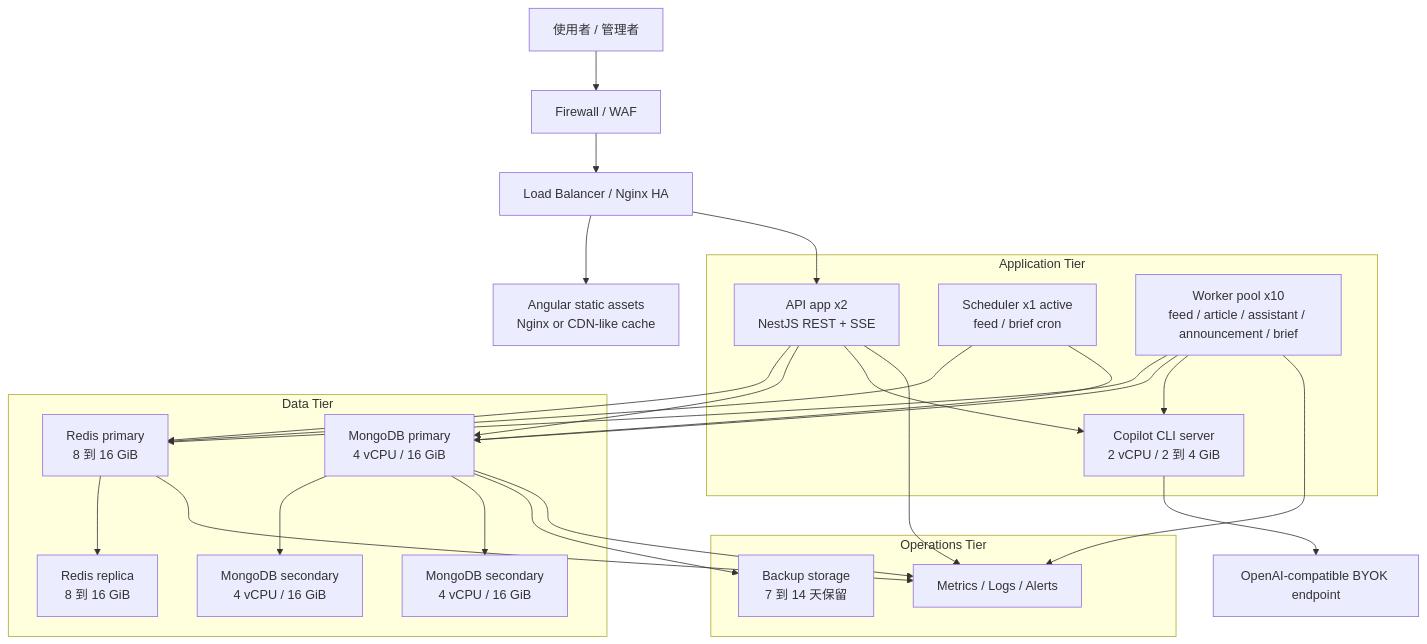
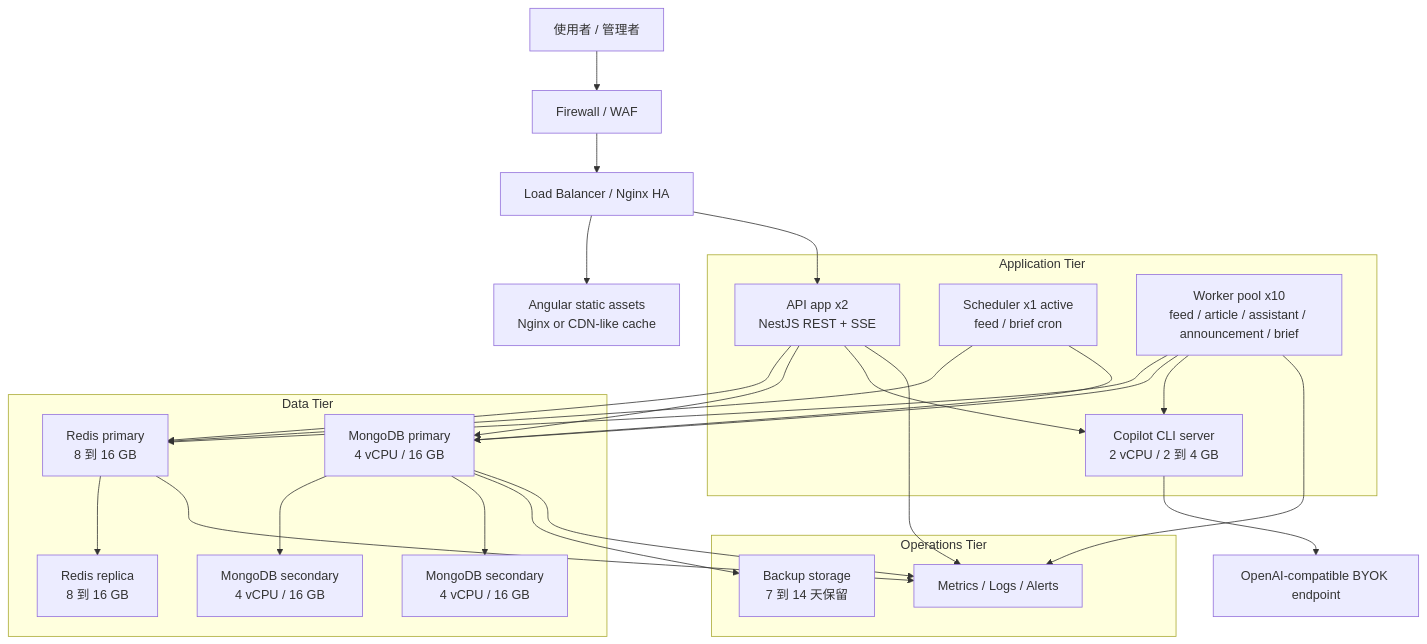
One commit to chunkai1312/temp changed the ninth of 17 diagrams in production-resource-architecture-proposal.md. Above: the diagram before and after it, drawn with Mermaid. The commit also changed other lines of this file, not shown here.

````diff
--- a/production-resource-architecture-proposal.md
+++ b/production-resource-architecture-proposal.md
@@ -337,47 +337,47 @@
 ```mermaid
 flowchart TB
   USERS["使用者 / 管理者"] --> FW["Firewall / WAF"]
   FW --> LB["Load Balancer / Nginx HA"]
   LB --> WEB["Angular static assets\nNginx or CDN-like cache"]
   LB --> API["API app x2\nNestJS REST + SSE"]
 
   subgraph APP["Application Tier"]
     API
-    CLI["Copilot CLI server\n2 vCPU / 2 到 4 GiB"]
+    CLI["Copilot CLI server\n2 vCPU / 2 到 4 GB"]
     SCHED["Scheduler x1 active\nfeed / brief cron"]
     WORKERS["Worker pool x10\nfeed / article / assistant / announcement / brief"]
   end
 
   LLM["OpenAI-compatible BYOK endpoint"]
 
   subgraph DATA["Data Tier"]
-    REDIS1["Redis primary\n8 到 16 GiB"]
-    REDIS2["Redis replica\n8 到 16 GiB"]
-    M1["MongoDB primary\n4 vCPU / 16 GiB"]
-    M2["MongoDB secondary\n4 vCPU / 16 GiB"]
-    M3["MongoDB secondary\n4 vCPU / 16 GiB"]
+    REDIS1["Redis primary\n8 到 16 GB"]
+    REDIS2["Redis replica\n8 到 16 GB"]
+    M1["MongoDB primary\n4 vCPU / 16 GB"]
+    M2["MongoDB secondary\n4 vCPU / 16 GB"]
+    M3["MongoDB secondary\n4 vCPU / 16 GB"]
   end
 
   subgraph OPS["Operations Tier"]
     MON["Metrics / Logs / Alerts"]
     BACKUP["Backup storage\n7 到 14 天保留"]
   end
 
   API --> REDIS1
   API --> M1
   API --> CLI
   SCHED --> REDIS1
   SCHED --> M1
   WORKERS --> REDIS1
   WORKERS --> M1
   WORKERS --> CLI
   CLI --> LLM
   REDIS1 --> REDIS2
   M1 --> M2
   M1 --> M3
   M1 --> BACKUP
   API --> MON
   WORKERS --> MON
   REDIS1 --> MON
   M1 --> MON
 ```
````
